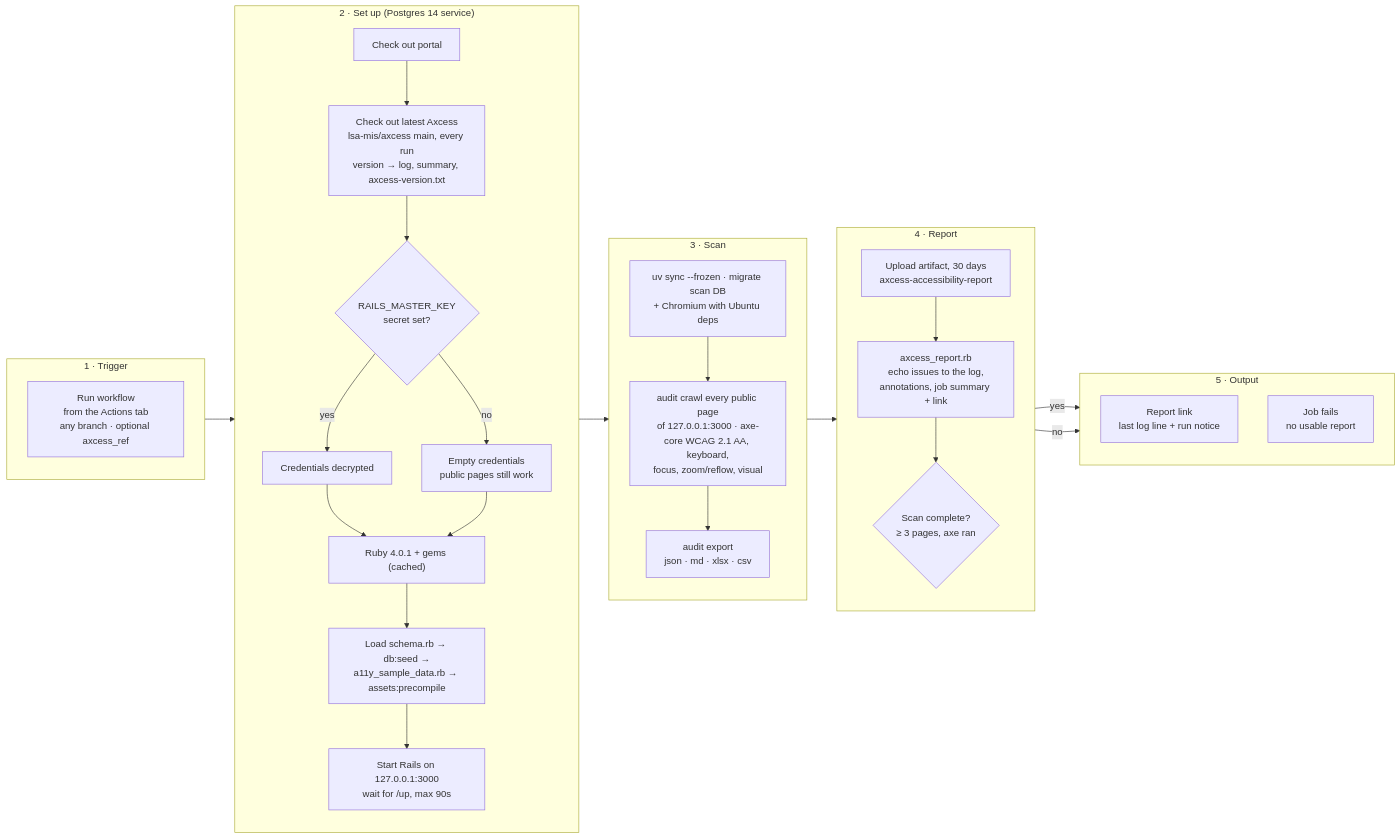
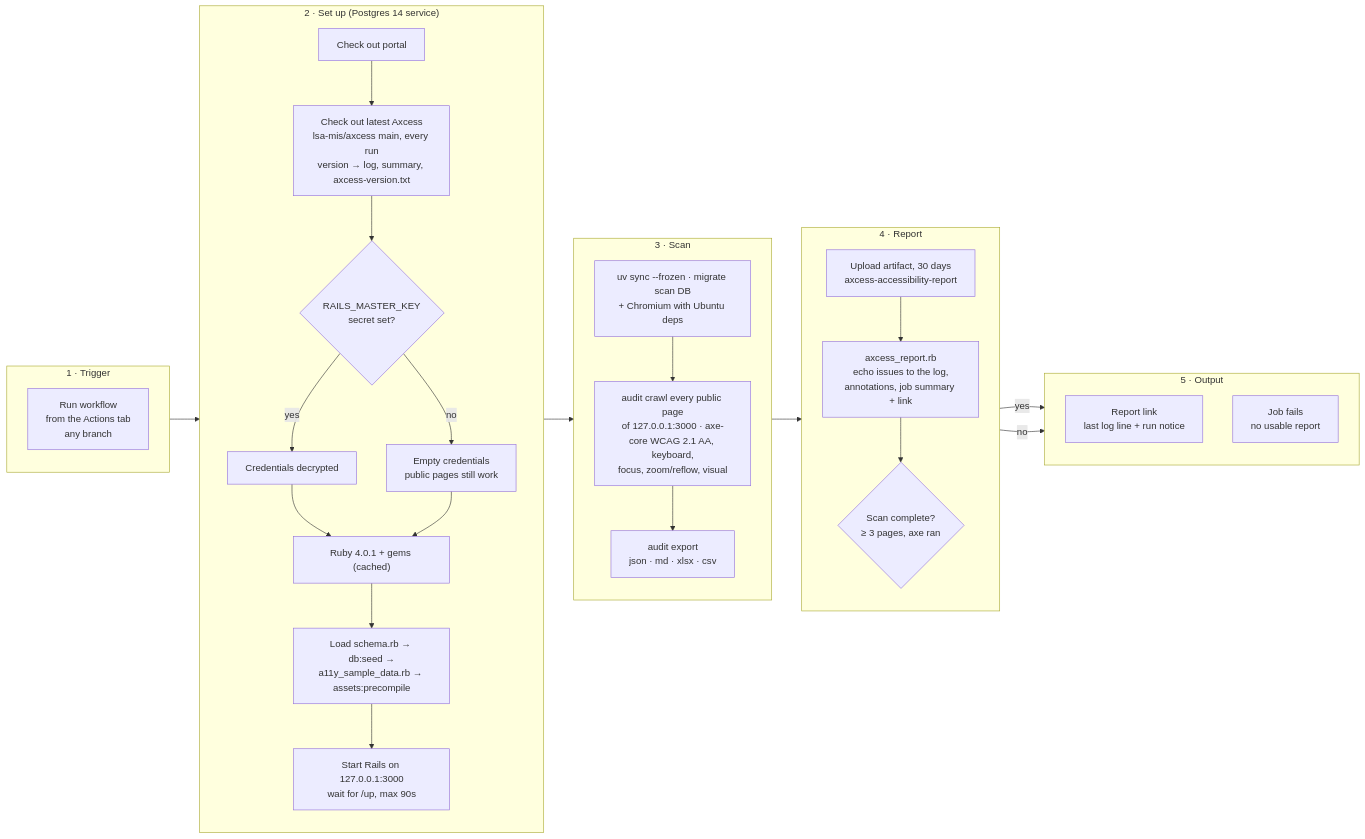
The diagram in reports/README.md (lsa-mis/biorepository_portal), drawn with Mermaid before and after one commit. The commit also changed other lines of this file and 2 other files, not shown here.

First line of the commit message:
Harden the accessibility report workflow per review

````diff
--- a/reports/README.md
+++ b/reports/README.md
@@ -18,51 +18,51 @@
 ```mermaid
 flowchart LR
   subgraph trigger["1 · Trigger"]
     direction TB
-    manual["Run workflow<br/>from the Actions tab<br/>any branch · optional axcess_ref"]
+    manual["Run workflow<br/>from the Actions tab<br/>any branch"]
   end
 
   subgraph setup["2 · Set up (Postgres 14 service)"]
     direction TB
     co_app["Check out portal"]
     co_axcess["Check out latest Axcess<br/>lsa-mis/axcess main, every run<br/>version → log, summary, axcess-version.txt"]
     key{"RAILS_MASTER_KEY<br/>secret set?"}
     key_yes["Credentials decrypted"]
     key_no["Empty credentials<br/>public pages still work"]
     ruby["Ruby 4.0.1 + gems (cached)"]
     db["Load schema.rb → db:seed →<br/>a11y_sample_data.rb → assets:precompile"]
     rails["Start Rails on 127.0.0.1:3000<br/>wait for /up, max 90s"]
     co_app --> co_axcess --> key
     key -- yes --> key_yes --> ruby
     key -- no --> key_no --> ruby
     ruby --> db --> rails
   end
 
   subgraph scan["3 · Scan"]
     direction TB
     install["uv sync --frozen · migrate scan DB<br/>+ Chromium with Ubuntu deps"]
     crawl["audit crawl every public page<br/>of 127.0.0.1:3000 · axe-core WCAG 2.1 AA, keyboard,<br/>focus, zoom/reflow, visual"]
     export["audit export<br/>json · md · xlsx · csv"]
     install --> crawl --> export
   end
 
   subgraph report["4 · Report"]
     direction TB
     upload["Upload artifact, 30 days<br/>axcess-accessibility-report"]
     summarize["axcess_report.rb<br/>echo issues to the log,<br/>annotations, job summary + link"]
     guard{"Scan complete?<br/>≥ 3 pages, axe ran"}
     upload --> summarize --> guard
   end
 
   subgraph outputs["5 · Output"]
     direction TB
     link["Report link<br/>last log line + run notice"]
     broken["Job fails<br/>no usable report"]
   end
 
   trigger --> co_app
   rails --> install
   export --> upload
   guard -- yes --> link
   guard -- no --> broken
 ```
````
